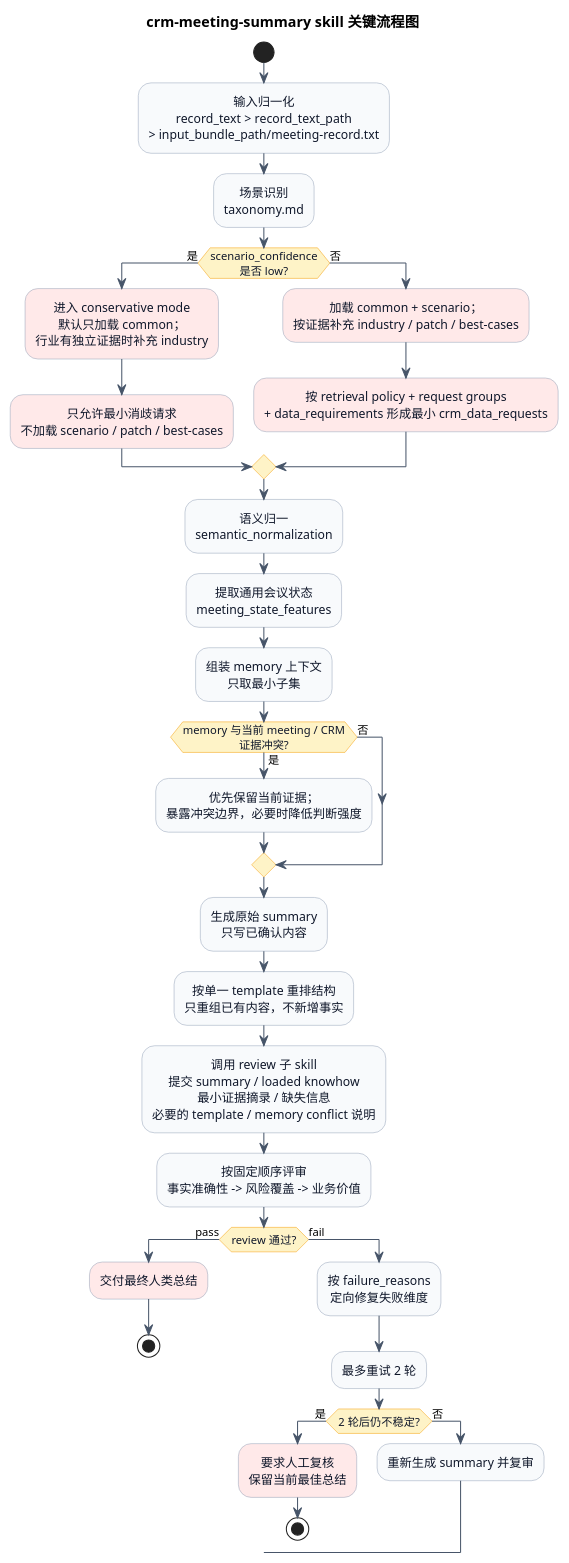
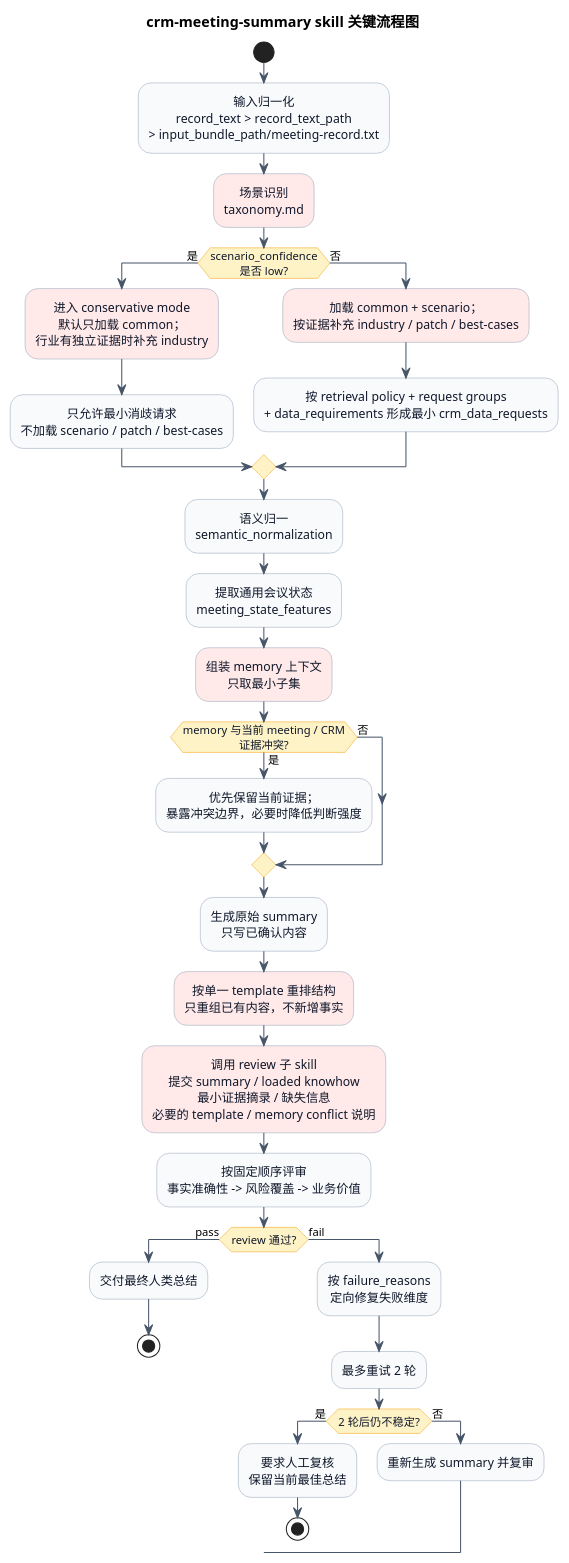
Before and after one commit to zhaopx/crm-meeting-summary-skill: the first of 2 diagrams in docs/crm-meeting-summary/visual-diagrams.md, drawn with PlantUML. The commit also changed other lines of this file and 3 other files, not shown here.

First line of the commit message:
docs: update CRM template references and run output

````diff
--- a/docs/crm-meeting-summary/visual-diagrams.md
+++ b/docs/crm-meeting-summary/visual-diagrams.md
@@ -9,50 +9,50 @@
 ```plantuml
 @startuml
 title crm-meeting-summary skill 关键流程图
 skinparam shadowing false
 skinparam defaultTextAlignment center
 skinparam ArrowColor #475569
 skinparam activity {
   BackgroundColor #f8fafc
   BorderColor #94a3b8
   DiamondBackgroundColor #fef3c7
   DiamondBorderColor #f59e0b
   FontColor #0f172a
 }
 
 start
 :输入归一化\nrecord_text > record_text_path\n> input_bundle_path/meeting-record.txt;
-:场景识别\ntaxonomy.md;
+ #FFE9E9:场景识别\ntaxonomy.md;
 if (scenario_confidence\n是否 low?) then (是)
   #FFE9E9:进入 conservative mode\n默认只加载 common；\n行业有独立证据时补充 industry;
-  #FFE9E9:只允许最小消歧请求\n不加载 scenario / patch / best-cases;
+  :只允许最小消歧请求\n不加载 scenario / patch / best-cases;
 else (否)
   #FFE9E9:加载 common + scenario；\n按证据补充 industry / patch / best-cases;
-  #FFE9E9:按 retrieval policy + request groups\n+ data_requirements 形成最小 crm_data_requests;
+  :按 retrieval policy + request groups\n+ data_requirements 形成最小 crm_data_requests;
 endif
 :语义归一\nsemantic_normalization;
 :提取通用会议状态\nmeeting_state_features;
-:组装 memory 上下文\n只取最小子集;
+ #FFE9E9:组装 memory 上下文\n只取最小子集;
 if (memory 与当前 meeting / CRM\n证据冲突?) then (是)
   :优先保留当前证据；\n暴露冲突边界，必要时降低判断强度;
 else (否)
 endif
 :生成原始 summary\n只写已确认内容;
-:按单一 template 重排结构\n只重组已有内容，不新增事实;
-:调用 review 子 skill\n提交 summary / loaded knowhow\n最小证据摘录 / 缺失信息\n必要的 template / memory conflict 说明;
+ #FFE9E9:按单一 template 重排结构\n只重组已有内容，不新增事实;
+ #FFE9E9:调用 review 子 skill\n提交 summary / loaded knowhow\n最小证据摘录 / 缺失信息\n必要的 template / memory conflict 说明;
 :按固定顺序评审\n事实准确性 -> 风险覆盖 -> 业务价值;
 if (review 通过?) then (pass)
-  #FFE9E9:交付最终人类总结;
+  :交付最终人类总结;
   stop
 else (fail)
   :按 failure_reasons\n定向修复失败维度;
   :最多重试 2 轮;
   if (2 轮后仍不稳定?) then (是)
-    #FFE9E9:要求人工复核\n保留当前最佳总结;
+   :要求人工复核\n保留当前最佳总结;
     stop
   else (否)
     :重新生成 summary 并复审;
   endif
 endif
 @enduml
 ```
````
